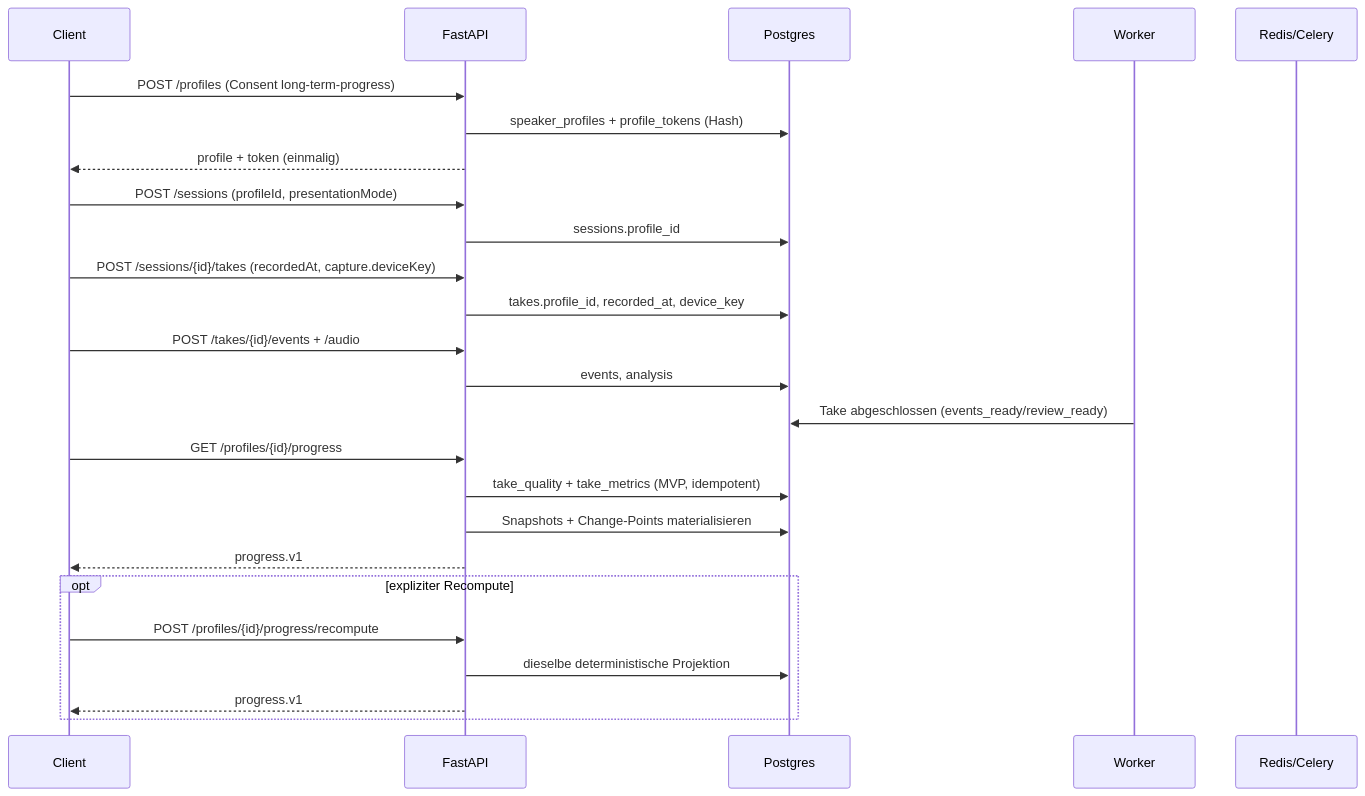
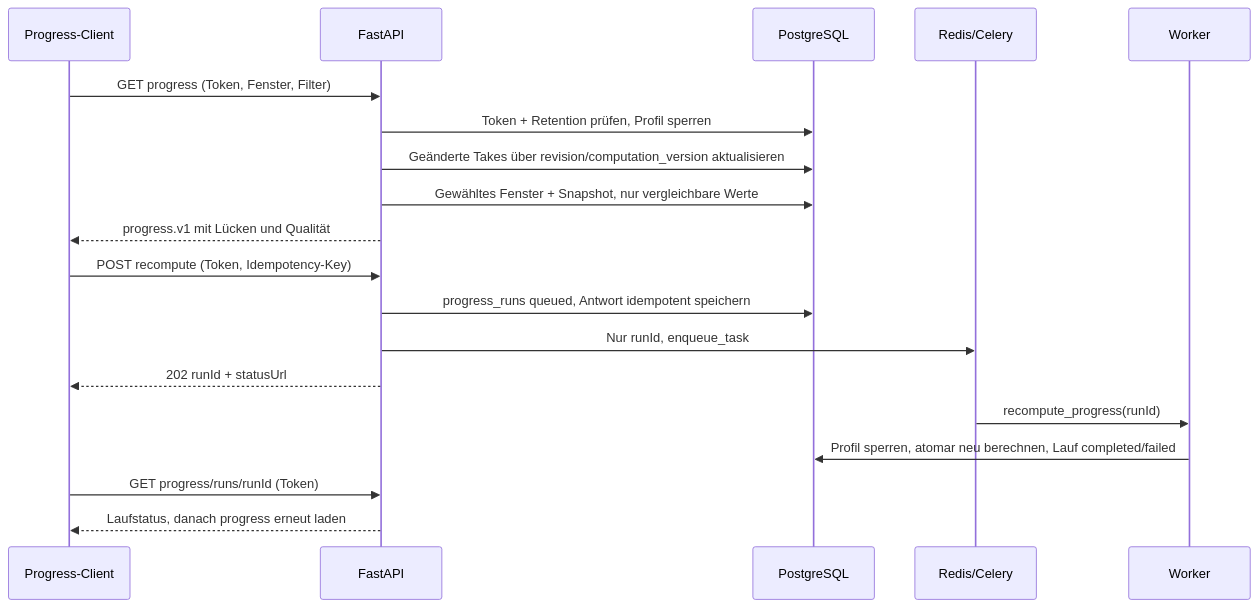
The third of 3 diagrams in docs/12-long-term-progress-data-design.md (johannes3502/hackathon-fulda), drawn with Mermaid before and after one commit. The commit also changed other lines of this file and 24 other files, not shown here.

Commit message:
Fix and simplify long-term progress processing

````diff
--- a/docs/12-long-term-progress-data-design.md
+++ b/docs/12-long-term-progress-data-design.md
@@ -1117,30 +1132,21 @@
 ```mermaid
 sequenceDiagram
-    participant C as Client
+    participant C as Progress-Client
     participant A as FastAPI
-    participant P as Postgres
+    participant P as PostgreSQL
+    participant R as Redis/Celery
     participant W as Worker
-    participant R as Redis/Celery
-
-    C->>A: POST /profiles (Consent long-term-progress)
-    A->>P: speaker_profiles + profile_tokens (Hash)
-    A-->>C: profile + token (einmalig)
-
-    C->>A: POST /sessions (profileId, presentationMode)
-    A->>P: sessions.profile_id
-    C->>A: POST /sessions/{id}/takes (recordedAt, capture.deviceKey)
-    A->>P: takes.profile_id, recorded_at, device_key
-    C->>A: POST /takes/{id}/events + /audio
-    A->>P: events, analysis
-
-    W->>P: Take abgeschlossen (events_ready/review_ready)
-    C->>A: GET /profiles/{id}/progress
-    A->>P: take_quality + take_metrics (MVP, idempotent)
-    A->>P: Snapshots + Change-Points materialisieren
-    A-->>C: progress.v1
-    opt expliziter Recompute
-        C->>A: POST /profiles/{id}/progress/recompute
-        A->>P: dieselbe deterministische Projektion
-        A-->>C: progress.v1
-    end
+    C->>A: GET progress (Token, Fenster, Filter)
+    A->>P: Token + Retention prüfen, Profil sperren
+    A->>P: Geänderte Takes über revision/computation_version aktualisieren
+    A->>P: Gewähltes Fenster + Snapshot, nur vergleichbare Werte
+    A-->>C: progress.v1 mit Lücken und Qualität
+    C->>A: POST recompute (Token, Idempotency-Key)
+    A->>P: progress_runs queued, Antwort idempotent speichern
+    A->>R: Nur runId, enqueue_task
+    A-->>C: 202 runId + statusUrl
+    R->>W: recompute_progress(runId)
+    W->>P: Profil sperren, atomar neu berechnen, Lauf completed/failed
+    C->>A: GET progress/runs/runId (Token)
+    A-->>C: Laufstatus, danach progress erneut laden
 ```
````
